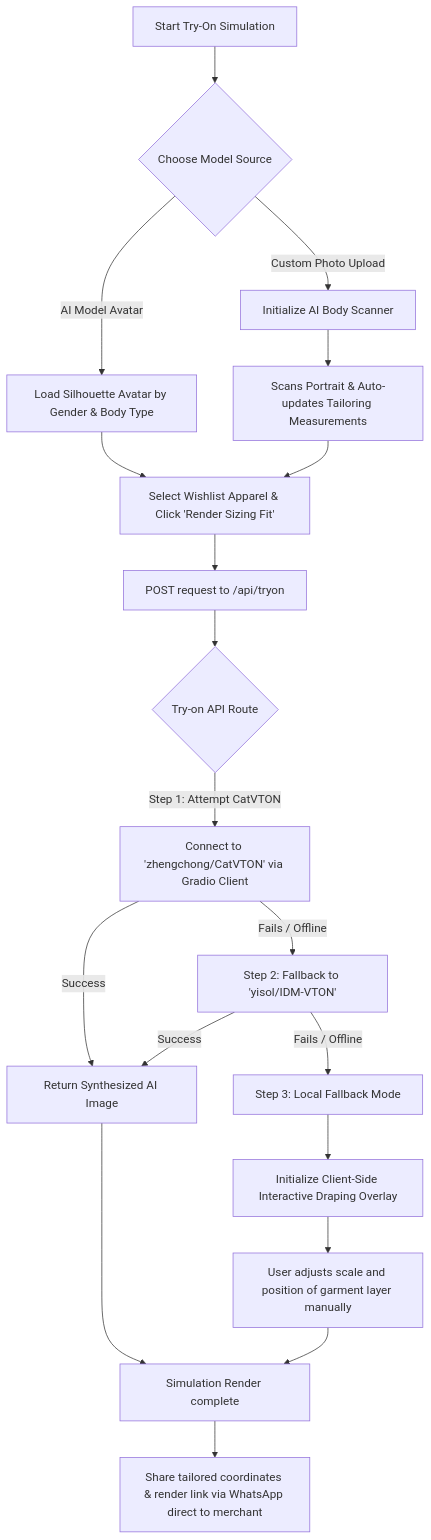
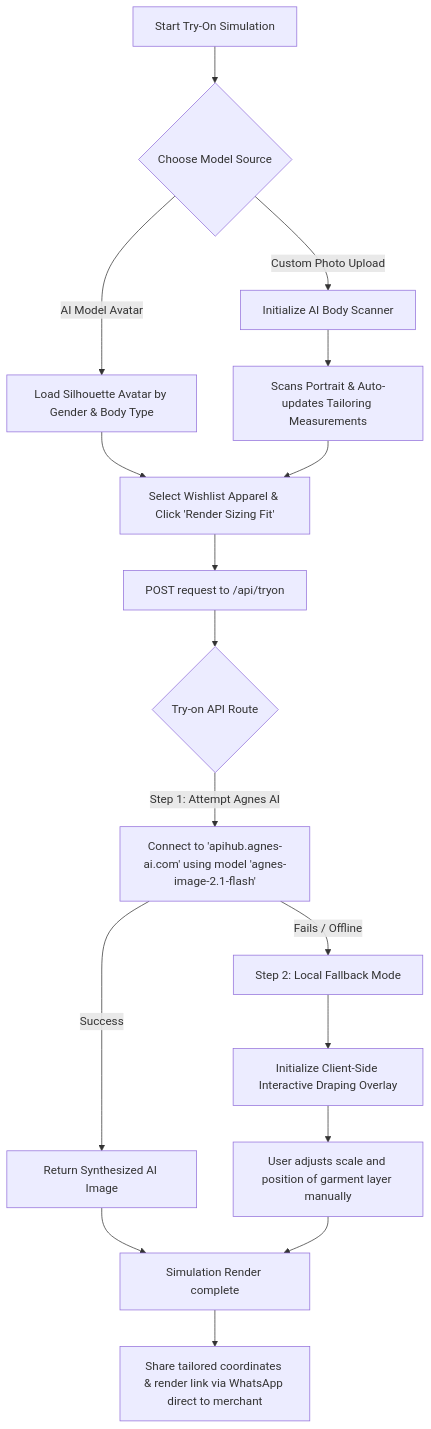
One commit to udohchuks/vendorlize changed the diagram in README.md. Above: the diagram before and after it, drawn with Mermaid. The commit also changed other lines of this file and 1 other file, not shown here.

Commit message:
Add retry logic to route handler and update README try-on documentation

````diff
--- a/README.md
+++ b/README.md
@@ -50,21 +50,19 @@
 ```mermaid
 graph TD
     A[Start Try-On Simulation] --> B{Choose Model Source}
     B -- AI Model Avatar --> C[Load Silhouette Avatar by Gender & Body Type]
     B -- Custom Photo Upload --> D[Initialize AI Body Scanner]
     D --> E[Scans Portrait & Auto-updates Tailoring Measurements]
     C --> F[Select Wishlist Apparel & Click 'Render Sizing Fit']
     E --> F
     F --> G[POST request to /api/tryon]
     G --> H{Try-on API Route}
-    H -- Step 1: Attempt CatVTON --> I[Connect to 'zhengchong/CatVTON' via Gradio Client]
+    H -- Step 1: Attempt Agnes AI --> I[Connect to 'apihub.agnes-ai.com' using model 'agnes-image-2.1-flash']
     I -- Success --> J[Return Synthesized AI Image]
-    I -- Fails / Offline --> K[Step 2: Fallback to 'yisol/IDM-VTON']
-    K -- Success --> J
-    K -- Fails / Offline --> L[Step 3: Local Fallback Mode]
-    L --> M[Initialize Client-Side Interactive Draping Overlay]
-    M --> N[User adjusts scale and position of garment layer manually]
-    J --> O[Simulation Render complete]
-    N --> O
-    O --> P[Share tailored coordinates & render link via WhatsApp direct to merchant]
+    I -- Fails / Offline --> K[Step 2: Local Fallback Mode]
+    K --> L[Initialize Client-Side Interactive Draping Overlay]
+    L --> M[User adjusts scale and position of garment layer manually]
+    J --> N[Simulation Render complete]
+    M --> N
+    N --> O[Share tailored coordinates & render link via WhatsApp direct to merchant]
 ```
````
